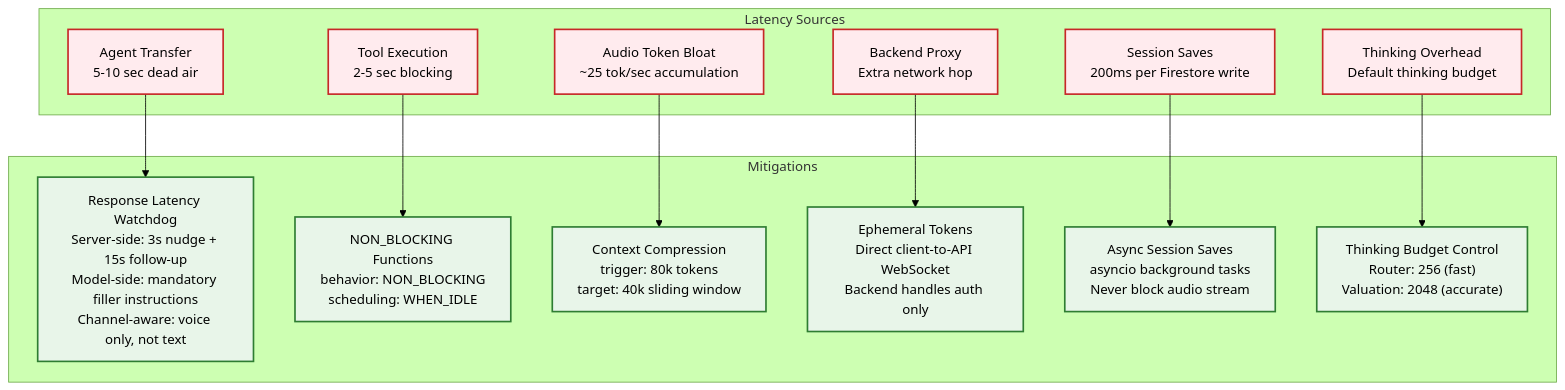
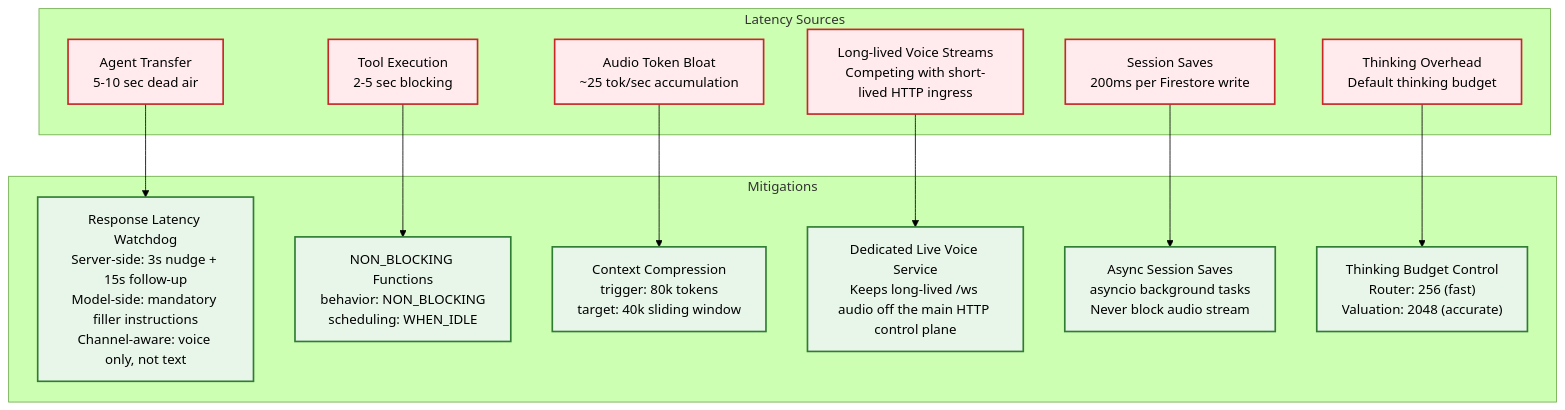
The fourth of 4 diagrams in docs/architecture/02-voice-agents.md (ogabasseyy/ekaette), drawn with Mermaid (forest theme) before and after one commit. The commit also changed other lines of this file and 12 other files, not shown here.

Commit message:
docs(architecture): align README and local docs with voice platform

````diff
--- a/docs/architecture/02-voice-agents.md
+++ b/docs/architecture/02-voice-agents.md
@@ -155,33 +155,33 @@
 ```mermaid
 graph TB
     subgraph "Latency Sources"
         L1["Agent Transfer<br/>5-10 sec dead air"]
         L2["Tool Execution<br/>2-5 sec blocking"]
         L3["Audio Token Bloat<br/>~25 tok/sec accumulation"]
-        L4["Backend Proxy<br/>Extra network hop"]
+        L4["Long-lived Voice Streams<br/>Competing with short-lived HTTP ingress"]
         L5["Session Saves<br/>200ms per Firestore write"]
         L6["Thinking Overhead<br/>Default thinking budget"]
     end
 
     subgraph "Mitigations"
         M1["Response Latency Watchdog<br/>Server-side: 3s nudge + 15s follow-up<br/>Model-side: mandatory filler instructions<br/>Channel-aware: voice only, not text"]
         M2["NON_BLOCKING Functions<br/>behavior: NON_BLOCKING<br/>scheduling: WHEN_IDLE"]
         M3["Context Compression<br/>trigger: 80k tokens<br/>target: 40k sliding window"]
-        M4["Ephemeral Tokens<br/>Direct client-to-API WebSocket<br/>Backend handles auth only"]
+        M4["Dedicated Live Voice Service<br/>Keeps long-lived /ws audio off the main HTTP control plane"]
         M5["Async Session Saves<br/>asyncio background tasks<br/>Never block audio stream"]
         M6["Thinking Budget Control<br/>Router: 256 (fast)<br/>Valuation: 2048 (accurate)"]
     end
 
     L1 --> M1
     L2 --> M2
     L3 --> M3
     L4 --> M4
     L5 --> M5
     L6 --> M6
 
     classDef danger fill:#FFEBEE,stroke:#C62828,stroke-width:2px
     classDef fix fill:#E8F5E9,stroke:#2E7D32,stroke-width:2px
 
     class L1,L2,L3,L4,L5,L6 danger
     class M1,M2,M3,M4,M5,M6 fix
 ```
````
